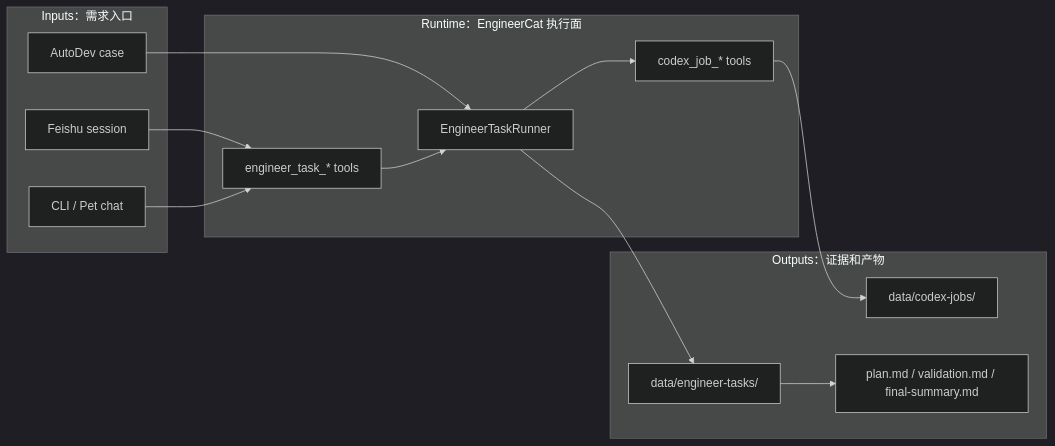
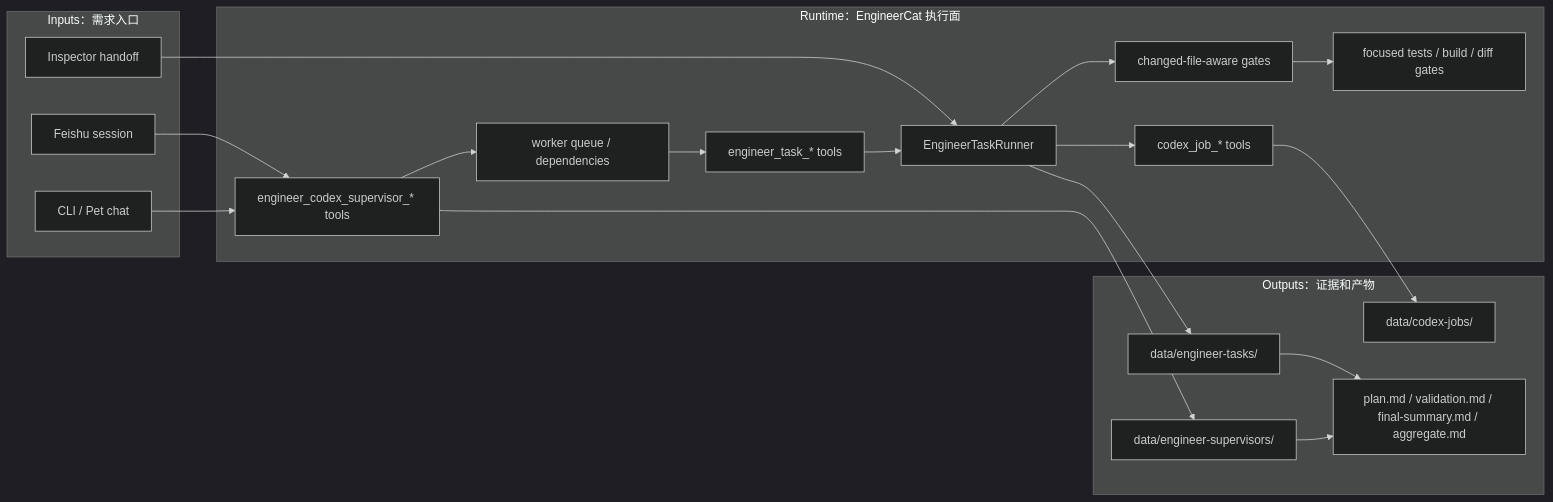
One commit to fightheyyy/XiaoBa-CLI changed the diagram in roles/engineer-cat/PLAN.md. Above: the diagram before and after it, drawn with Mermaid (dark theme). The commit also changed other lines of this file and 271 other files, not shown here.

````diff
--- a/roles/engineer-cat/PLAN.md
+++ b/roles/engineer-cat/PLAN.md
@@ -7,29 +7,40 @@
 ```mermaid
 flowchart LR
     subgraph Inputs["Inputs：需求入口"]
         Feishu["Feishu session"]
         Chat["CLI / Pet chat"]
-        AutoDev["AutoDev case"]
+        Handoff["Inspector handoff"]
     end
 
     subgraph Runtime["Runtime：EngineerCat 执行面"]
+        Supervisor["engineer_codex_supervisor_* tools"]
+        Queue["worker queue / dependencies"]
         Tools["engineer_task_* tools"]
         Runner["EngineerTaskRunner"]
         CodexJobs["codex_job_* tools"]
+        Gates["changed-file-aware gates"]
+        Checks["focused tests / build / diff gates"]
     end
 
     subgraph Outputs["Outputs：证据和产物"]
+        SupervisorData["data/engineer-supervisors/<supervisor-id>"]
         Task["data/engineer-tasks/<task-id>"]
         Codex["data/codex-jobs/<job-id>"]
-        Summary["plan.md / validation.md / final-summary.md"]
+        Summary["plan.md / validation.md / final-summary.md / aggregate.md"]
     end
 
-    Feishu --> Tools
-    Chat --> Tools
-    AutoDev --> Runner
+    Feishu --> Supervisor
+    Chat --> Supervisor
+    Handoff --> Runner
+    Supervisor --> Queue
+    Queue --> Tools
     Tools --> Runner
     Runner --> CodexJobs
+    Runner --> Gates
+    Gates --> Checks
     CodexJobs --> Codex
+    Supervisor --> SupervisorData
     Runner --> Task
     Task --> Summary
+    SupervisorData --> Summary
 ```
````
